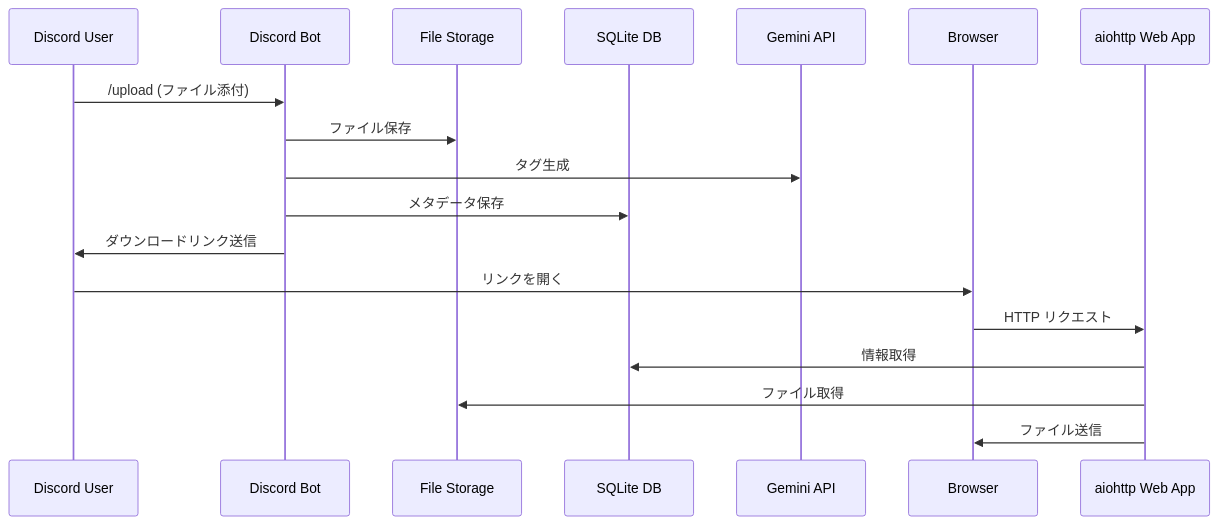
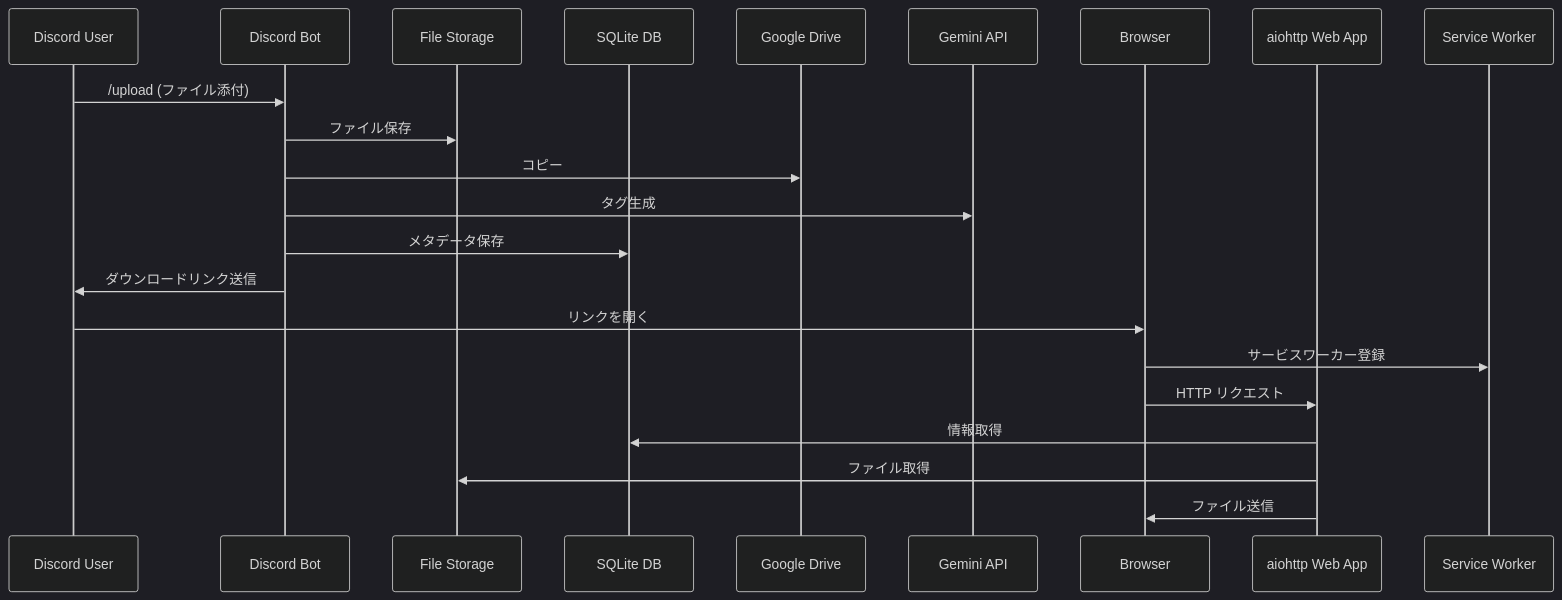
Before and after one commit to 5h1gerun/web_discord_server: the diagram in docs/sequence_system.mmd, drawn with Mermaid. The commit also changed 2 other files, not shown here.

Commit message:
Improve mermaid diagram readability in dark mode

```diff
--- a/docs/sequence_system.mmd
+++ b/docs/sequence_system.mmd
@@ -1,20 +1,25 @@
+%%{init: {'theme': 'dark'}}%%
 %% Web Discord Server シーケンス図 (全体)
 sequenceDiagram
     participant User as Discord User
     participant Bot as Discord Bot
     participant Files as File Storage
     participant DB as SQLite DB
+    participant Drive as Google Drive
     participant Gemini as Gemini API
     participant Browser as Browser
     participant Web as aiohttp Web App
+    participant SW as Service Worker
 
     User->>Bot: /upload (ファイル添付)
     Bot->>Files: ファイル保存
+    Bot->>Drive: コピー
     Bot->>Gemini: タグ生成
     Bot->>DB: メタデータ保存
     Bot->>User: ダウンロードリンク送信
     User->>Browser: リンクを開く
+    Browser->>SW: サービスワーカー登録
     Browser->>Web: HTTP リクエスト
     Web->>DB: 情報取得
     Web->>Files: ファイル取得
     Web->>Browser: ファイル送信
```
